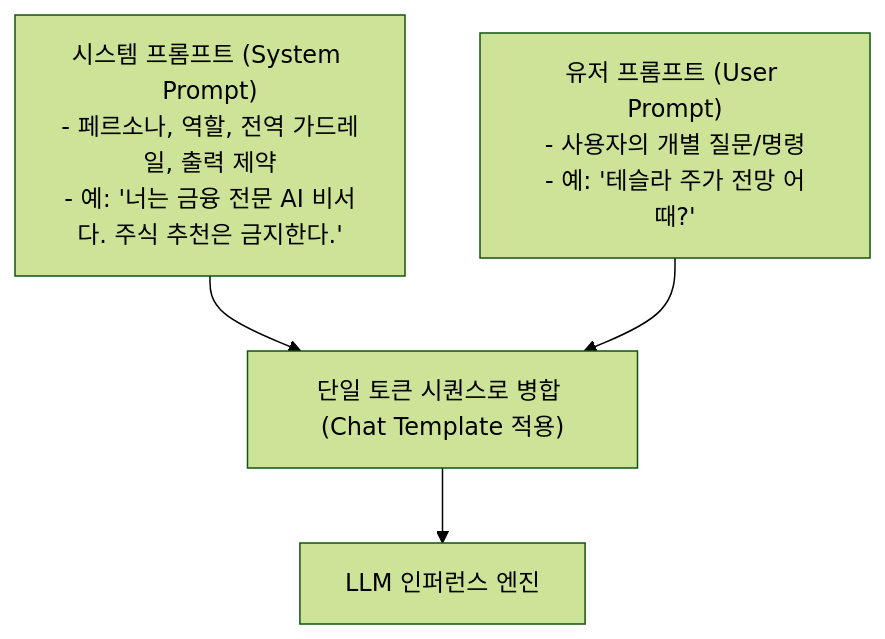
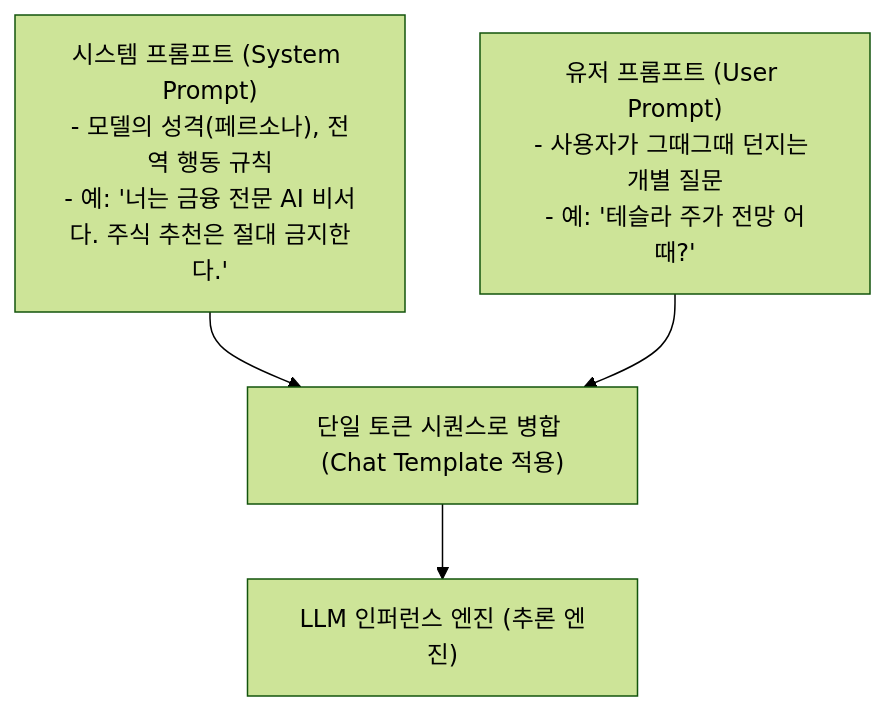
Before and after one commit to sing-u8/AI-Engineering: the first of 2 diagrams in chapter-qa/ch05-prompt-engineering-qa/01-introduction-to-prompting-and-context.md, drawn with Mermaid (forest theme). The commit also changed other lines of this file and 2 other files, not shown here.

Commit message:
Refactor Ch05 prompt engineering QA files with detailed analogies and acronym expansions

````diff
--- a/chapter-qa/ch05-prompt-engineering-qa/01-introduction-to-prompting-and-context.md
+++ b/chapter-qa/ch05-prompt-engineering-qa/01-introduction-to-prompting-and-context.md
@@ -69,8 +69,8 @@
 ```mermaid
 flowchart TD
-    Sys["시스템 프롬프트 (System Prompt)\n- 페르소나, 역할, 전역 가드레일, 출력 제약\n- 예: '너는 금융 전문 AI 비서다. 주식 추천은 금지한다.'"] 
-    User["유저 프롬프트 (User Prompt)\n- 사용자의 개별 질문/명령\n- 예: '테슬라 주가 전망 어때?'"]
+    Sys["시스템 프롬프트 (System Prompt)\n- 모델의 성격(페르소나), 전역 행동 규칙\n- 예: '너는 금융 전문 AI 비서다. 주식 추천은 절대 금지한다.'"] 
+    User["유저 프롬프트 (User Prompt)\n- 사용자가 그때그때 던지는 개별 질문\n- 예: '테슬라 주가 전망 어때?'"]
     
     Sys & User --> Concat["단일 토큰 시퀀스로 병합 (Chat Template 적용)"]
-    Concat --> LLM["LLM 인퍼런스 엔진"]
+    Concat --> LLM["LLM 인퍼런스 엔진 (추론 엔진)"]
 ```
````
